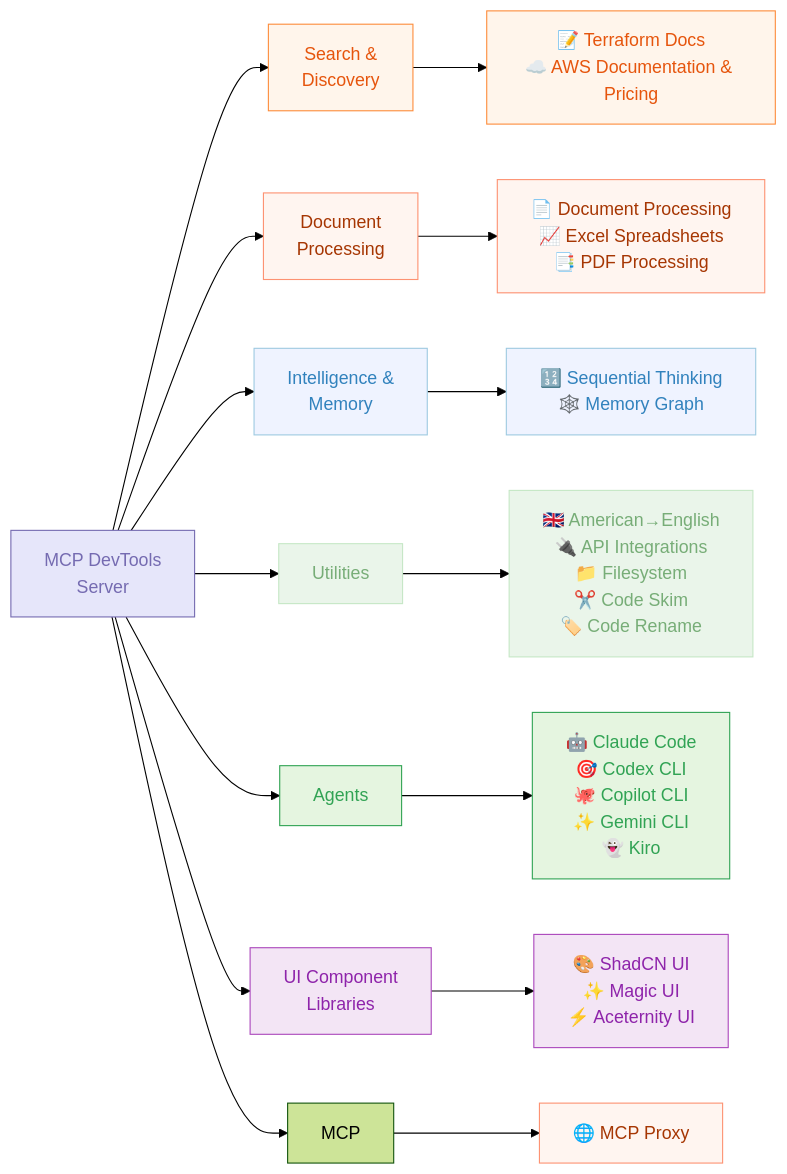
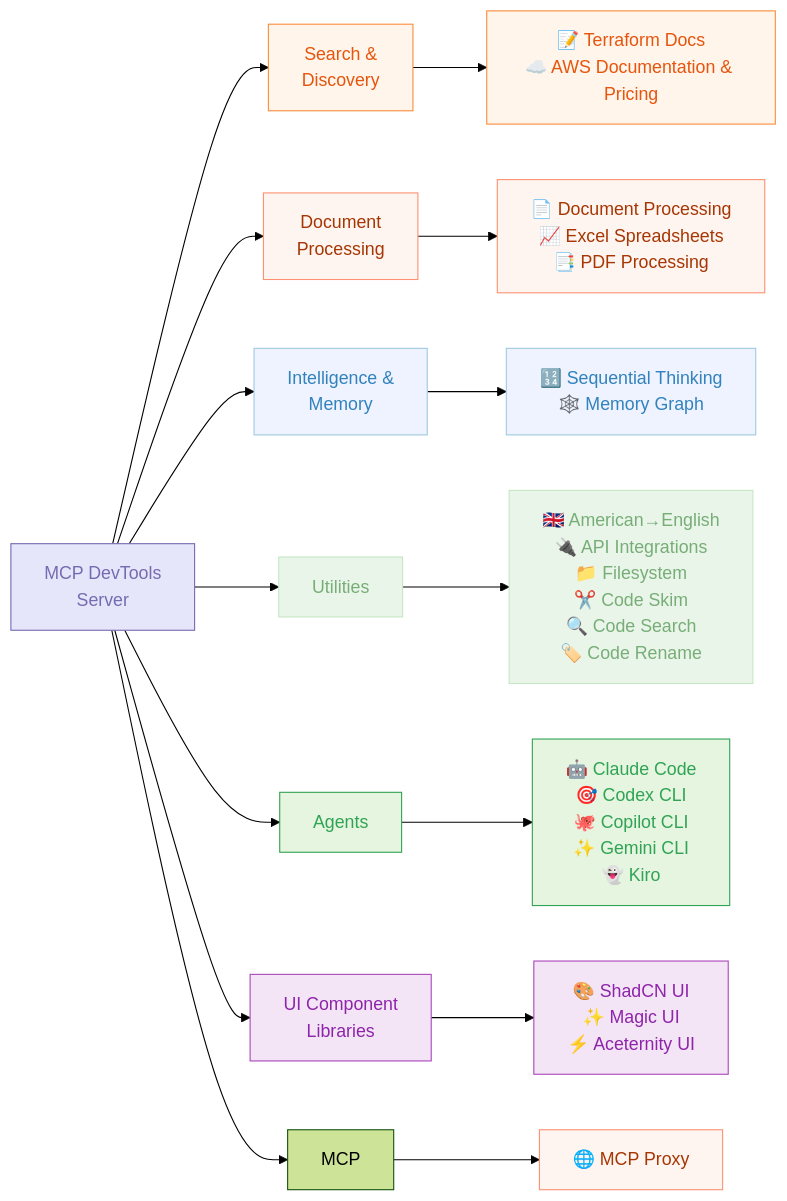
One commit to sammcj/mcp-devtools changed the second of 2 diagrams in README.md. Above: the diagram before and after it, drawn with Mermaid (forest theme). The commit also changed other lines of this file and 19 other files, not shown here.

Commit message:
feat: new tool - code search

````diff
--- a/README.md
+++ b/README.md
@@ -34,43 +34,43 @@
 ```mermaid
 graph LR
     A[MCP DevTools<br>Server]
 
     A --> B[Search &<br>Discovery]
     A --> C[Document<br>Processing]
     A --> E[Intelligence &<br>Memory]
     A --> F[Utilities]
     A --> G[Agents]
     A --> D[UI Component<br>Libraries]
     A --> H[MCP]
 
     B --> B_Tools[📝 Terraform Docs<br>☁️ AWS Documentation & Pricing]
 
     C --> C_Tools[📄 Document Processing<br>📈 Excel Spreadsheets<br>📑 PDF Processing]
 
     E --> E_Tools[🔢 Sequential Thinking<br>🕸️ Memory Graph]
 
-    F --> F_Tools[🇬🇧 American→English<br>🔌 API Integrations<br>📁 Filesystem<br>✂️ Code Skim<br>🏷️ Code Rename]
+    F --> F_Tools[🇬🇧 American→English<br>🔌 API Integrations<br>📁 Filesystem<br>✂️ Code Skim<br>🔍 Code Search<br>🏷️ Code Rename]
 
     G --> G_Tools[🤖 Claude Code<br>🎯 Codex CLI<br>🐙 Copilot CLI<br>✨ Gemini CLI<br>👻 Kiro]
 
     D --> D_Tools[🎨 ShadCN UI<br>✨ Magic UI<br>⚡ Aceternity UI]
 
     H --> H_Proxy[🌐 MCP Proxy]
 
     classDef components fill:#E6E6FA,stroke:#756BB1,color:#756BB1
     classDef llm fill:#E5F5E0,stroke:#31A354,color:#31A354
     classDef process fill:#EAF5EA,stroke:#C6E7C6,color:#77AD77
     classDef data fill:#EFF3FF,stroke:#9ECAE1,color:#3182BD
     classDef decision fill:#FFF5EB,stroke:#FD8D3C,color:#E6550D
     classDef api fill:#FFF5F0,stroke:#FD9272,color:#A63603
     classDef ui fill:#F3E5F5,stroke:#AB47BC,color:#8E24AA
 
     class A components
     class B,B_Tools decision
     class C,C_Tools api
     class D,D_Tools ui
     class E,E_Tools data
     class F,F_Tools process
     class G,G_Tools llm
     class H_Proxy api
 ```
````
